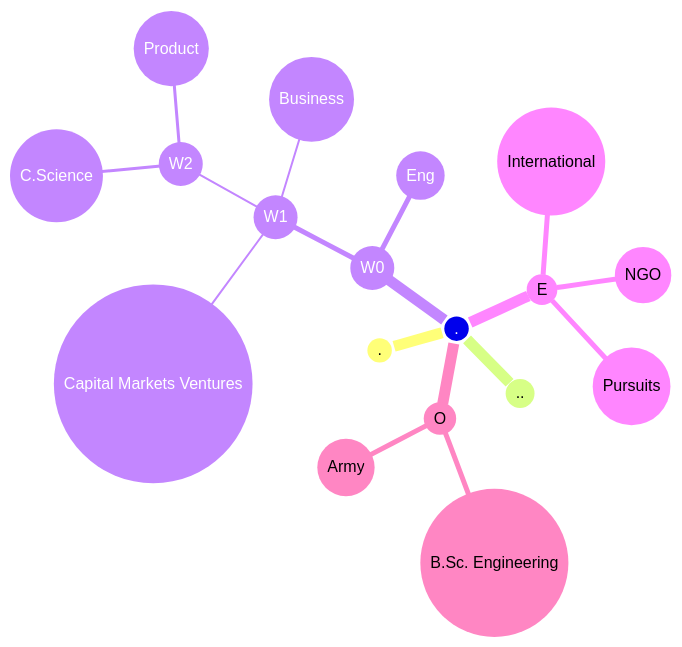
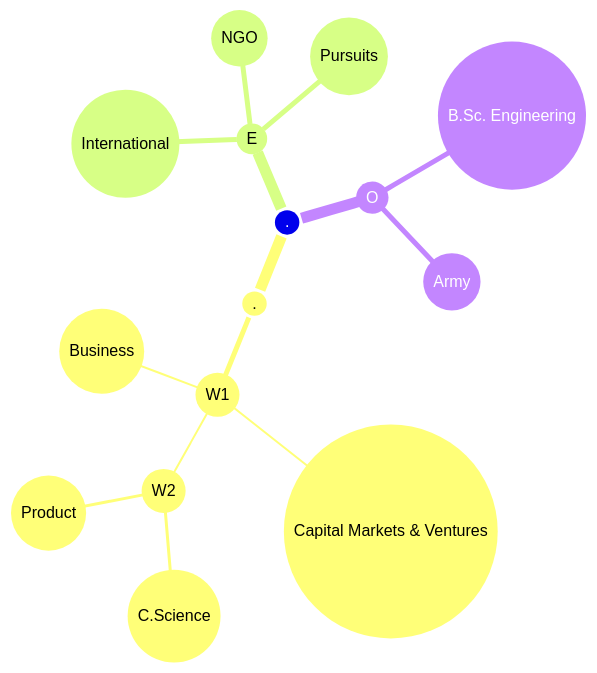
Before and after one commit to diegonmarcos/diegonmarcos.github.io: the first of 5 diagrams in cv_web/0.spec/index.md, drawn with Mermaid. The commit also changed other lines of this file and 1198 other files, not shown here.

````diff
--- a/cv_web/0.spec/index.md
+++ b/cv_web/0.spec/index.md
@@ -40,21 +40,18 @@
 ```mermaid
 mindmap
   root((.))
     ((.))
-    ((..))
-    ((W0))
-       ((Eng))
 	    ((W1))
-		    ((Capital Markets Ventures))
-		    ((Business))
+		    ((Capital Markets & Ventures))
+		    ((Business ))
 		    ((W2))
-			    ((C.Science))
-			    ((Product))
+			    ((C.Science ))
+			    ((Product ))
 				((E))
-					((International))
-					((Pursuits))
-					((NGO))
+					((International ))
+					((Pursuits ))
+					((NGO ))
 				((O))
-					((B.Sc. Engineering))
+					((B.Sc. Engineering ))
 					((Army))
 ```
````
